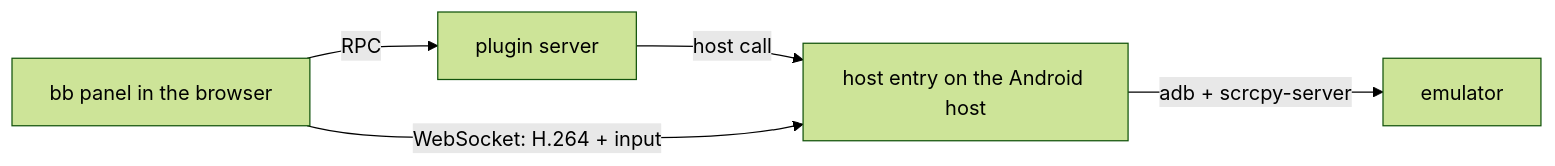
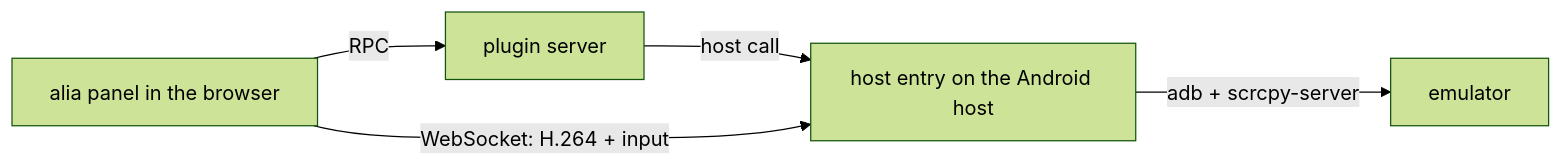
The diagram in plugins/android-emulator/README.md (Vesnalia/vesnalia-plugins), drawn with Mermaid (forest theme) before and after one commit. The commit also changed other lines of this file and 13306 other files, not shown here.

````diff
--- a/plugins/android-emulator/README.md
+++ b/plugins/android-emulator/README.md
@@ -9,7 +9,7 @@
 ```mermaid
 flowchart LR
-  P[bb panel in the browser] -- RPC --> S[plugin server]
+  P[alia panel in the browser] -- RPC --> S[plugin server]
   S -- host call --> H[host entry on the Android host]
   H -- adb + scrcpy-server --> E[emulator]
   P -- WebSocket: H.264 + input --> H
 ```
````
